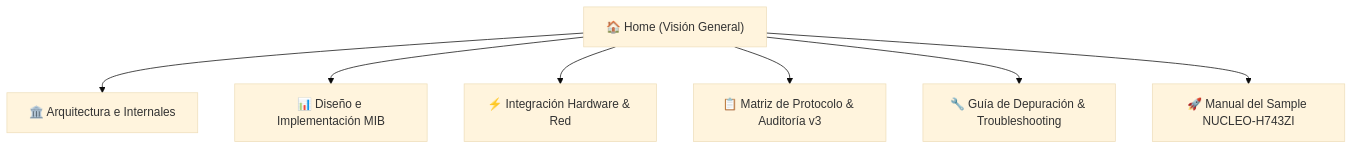
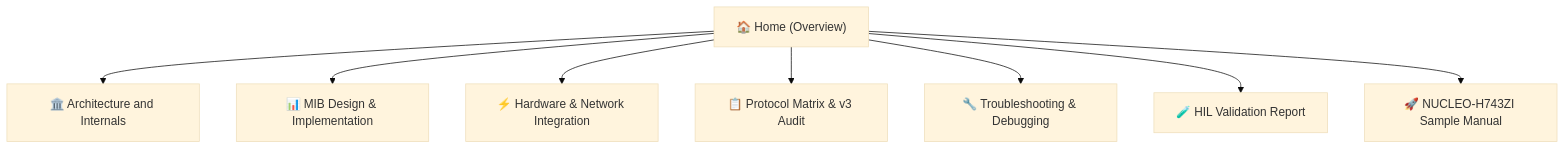
One commit to dowhile98/zephyr-snmp changed the diagram in docs/wiki/Home.md. Above: the diagram before and after it, drawn with Mermaid (base theme). The commit also changed other lines of this file and 6 other files, not shown here.

Commit message:
docs(wiki): translate and realign wiki documentation with current architecture

````diff
--- a/docs/wiki/Home.md
+++ b/docs/wiki/Home.md
@@ -15,17 +16,19 @@
 ```mermaid
 graph TD
-    Home["🏠 Home (Visión General)"]
-    Arch["🏛️ Arquitectura e Internales"]
-    MIB["📊 Diseño e Implementación MIB"]
-    HW["⚡ Integración Hardware & Red"]
-    Matrix["📋 Matriz de Protocolo & Auditoría v3"]
-    Trouble["🔧 Guía de Depuración & Troubleshooting"]
-    Sample["🚀 Manual del Sample NUCLEO-H743ZI"]
+    Home["🏠 Home (Overview)"]
+    Arch["🏛️ Architecture and Internals"]
+    MIB["📊 MIB Design & Implementation"]
+    HW["⚡ Hardware & Network Integration"]
+    Matrix["📋 Protocol Matrix & v3 Audit"]
+    Trouble["🔧 Troubleshooting & Debugging"]
+    HIL["🧪 HIL Validation Report"]
+    Sample["🚀 NUCLEO-H743ZI Sample Manual"]
 
     Home --> Arch
     Home --> MIB
     Home --> HW
     Home --> Matrix
     Home --> Trouble
+    Home --> HIL
     Home --> Sample
 ```
````
